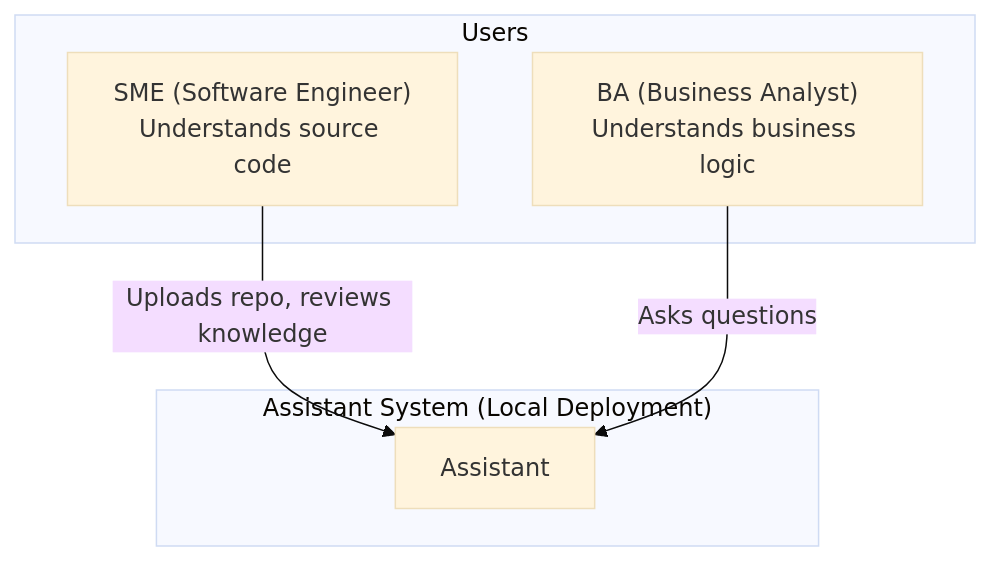
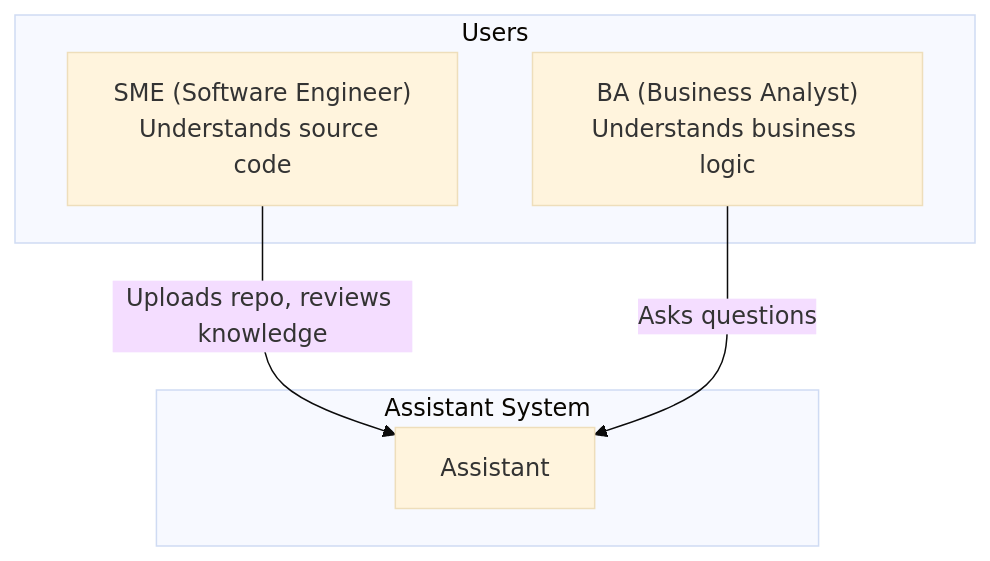
The first of 3 diagrams in Project Assistant/README.md (anhttmle/CAIO), drawn with Mermaid (base theme) before and after one commit. The commit also changed other lines of this file, not shown here.

````diff
--- a/Project Assistant/README.md
+++ b/Project Assistant/README.md
@@ -4,17 +4,17 @@
 ```mermaid
 
     graph TB
     subgraph Users
         SME["SME (Software Engineer)<br>Understands source code"]
         BA["BA (Business Analyst)<br>Understands business logic"]
     end
 
-    subgraph Assistant_System["Assistant System (Local Deployment)"]
+    subgraph Assistant_System["Assistant System"]
         Assistant["Assistant"]
     end
 
     SME -->|Uploads repo, reviews knowledge| Assistant
     BA -->|Asks questions| Assistant
 
 
 ```
````
